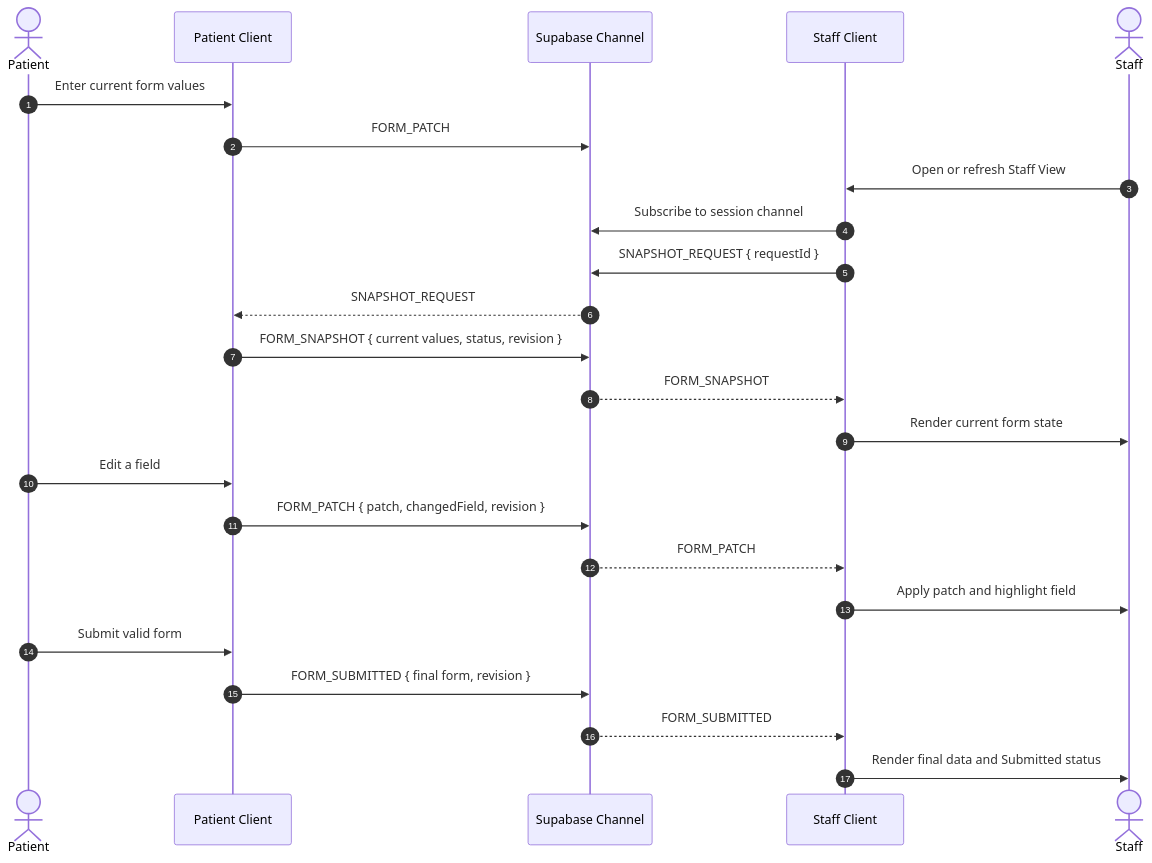
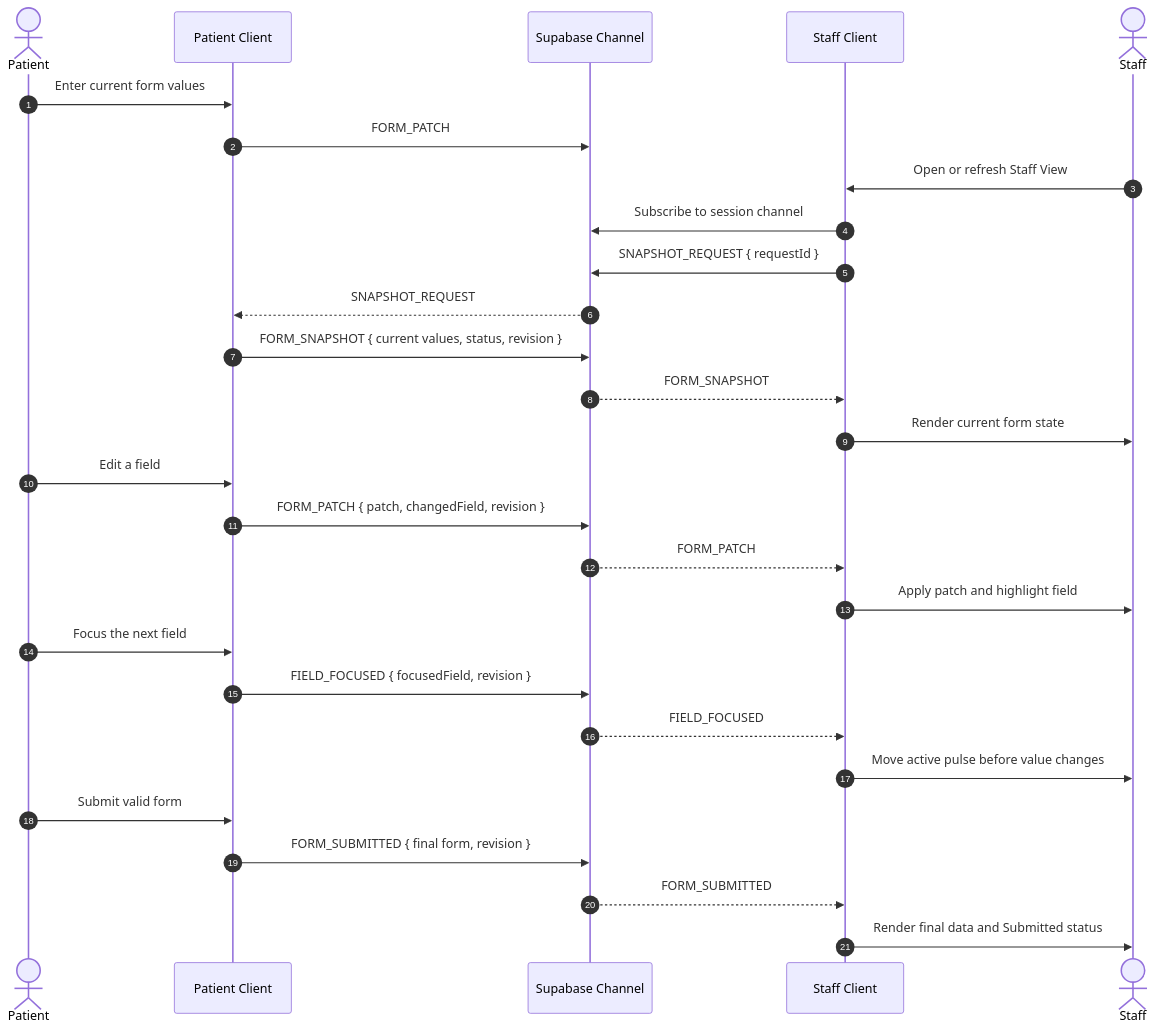
The second of 2 diagrams in docs/ARCHITECTURE.md (keeratipong4/agnos-patient-realtime-intake), drawn with Mermaid before and after one commit. The commit also changed other lines of this file and 16 other files, not shown here.

Commit message:
feat: highlight patient field focus in staff view

````diff
--- a/docs/ARCHITECTURE.md
+++ b/docs/ARCHITECTURE.md
@@ -216,30 +236,35 @@
 ```mermaid
 sequenceDiagram
     autonumber
     actor Patient
     participant PatientApp as Patient Client
     participant Realtime as Supabase Channel
     participant StaffApp as Staff Client
     actor Staff
 
     Patient->>PatientApp: Enter current form values
     PatientApp->>Realtime: FORM_PATCH
 
     Staff->>StaffApp: Open or refresh Staff View
     StaffApp->>Realtime: Subscribe to session channel
     StaffApp->>Realtime: SNAPSHOT_REQUEST { requestId }
     Realtime-->>PatientApp: SNAPSHOT_REQUEST
     PatientApp->>Realtime: FORM_SNAPSHOT { current values, status, revision }
     Realtime-->>StaffApp: FORM_SNAPSHOT
     StaffApp->>Staff: Render current form state
 
     Patient->>PatientApp: Edit a field
     PatientApp->>Realtime: FORM_PATCH { patch, changedField, revision }
     Realtime-->>StaffApp: FORM_PATCH
     StaffApp->>Staff: Apply patch and highlight field
 
+    Patient->>PatientApp: Focus the next field
+    PatientApp->>Realtime: FIELD_FOCUSED { focusedField, revision }
+    Realtime-->>StaffApp: FIELD_FOCUSED
+    StaffApp->>Staff: Move active pulse before value changes
+
     Patient->>PatientApp: Submit valid form
     PatientApp->>Realtime: FORM_SUBMITTED { final form, revision }
     Realtime-->>StaffApp: FORM_SUBMITTED
     StaffApp->>Staff: Render final data and Submitted status
 ```
````
